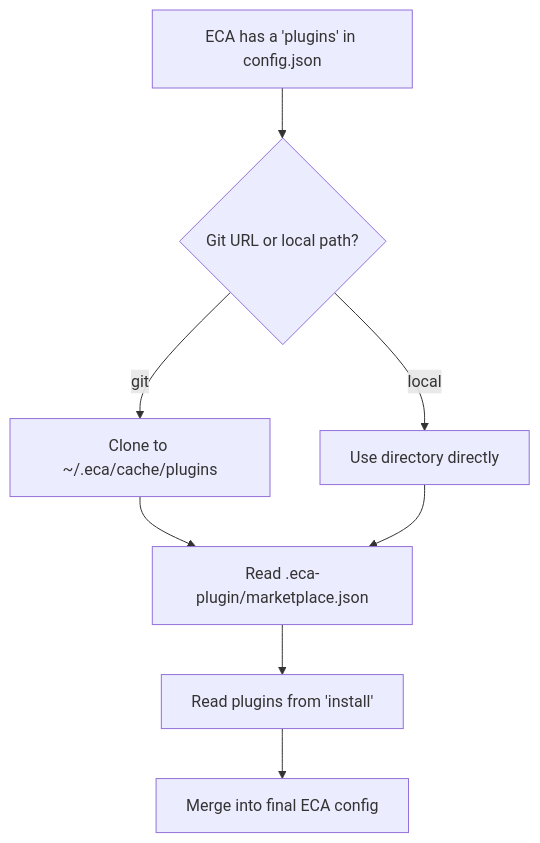
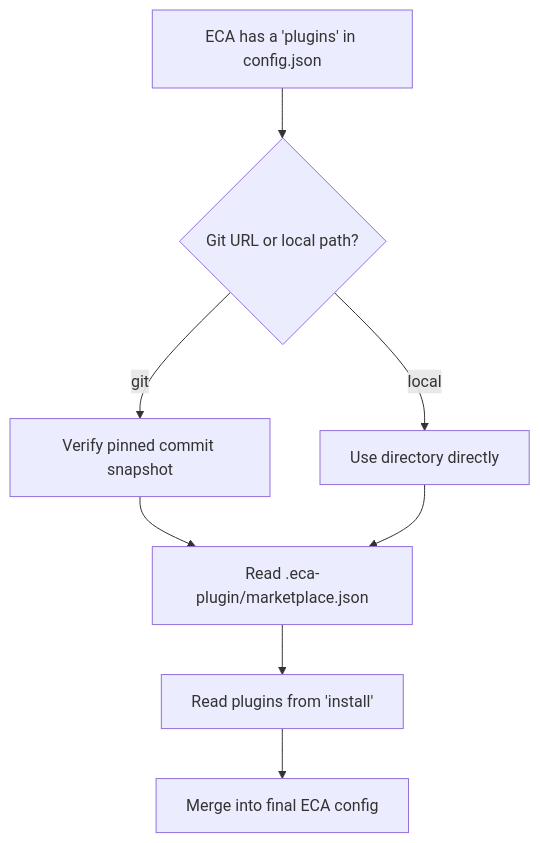
One commit to editor-code-assistant/eca changed the diagram in docs/config/plugins.md. Above: the diagram before and after it, drawn with Mermaid. The commit also changed other lines of this file and 5 other files, not shown here.

````diff
--- a/docs/config/plugins.md
+++ b/docs/config/plugins.md
@@ -27,10 +27,10 @@
 ```mermaid
 flowchart TD
     A[ECA has a 'plugins' in config.json] --> B{Git URL or local path?}
-    B -->|git| C[Clone to ~/.eca/cache/plugins]
+    B -->|git| C[Verify pinned commit snapshot]
     B -->|local| D[Use directory directly]
     C --> E[Read .eca-plugin/marketplace.json]
     D --> E
     E --> F[Read plugins from 'install']
     F --> G[Merge into final ECA config]
 ```
````
